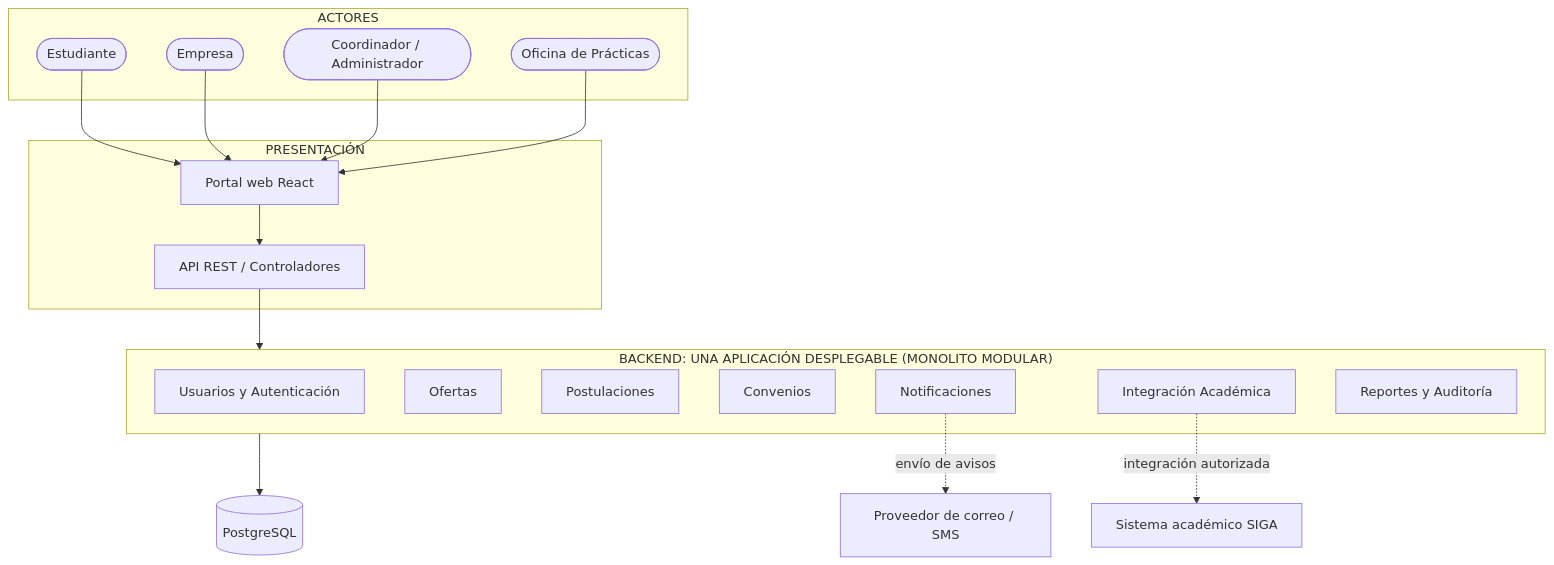
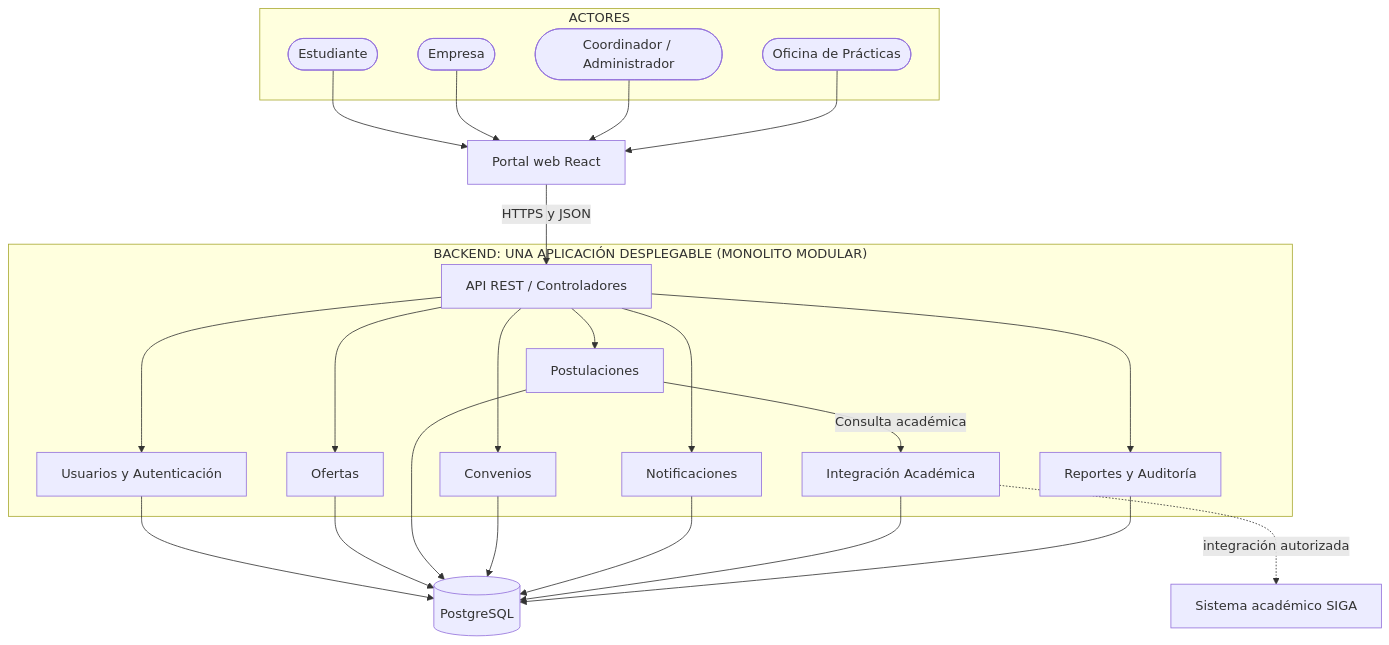
The diagram in docs/02-arquitectura/arquitectura-inicial.md (Jhoncode987/Sistema-de-Gestion-y-Publicacion-Practicas-Preprofesionales), drawn with Mermaid before and after one commit. The commit also changed other lines of this file and 13 other files, not shown here.

Commit message:
docs: conservar arquitectura y diagramas originales y detallar los siete módulos

````diff
--- a/docs/02-arquitectura/arquitectura-inicial.md
+++ b/docs/02-arquitectura/arquitectura-inicial.md
@@ -33,38 +33,46 @@
 ```mermaid
 flowchart TD
     subgraph Actores["ACTORES"]
         A1([Estudiante])
         A2([Empresa])
         A3([Coordinador / Administrador])
         A4([Oficina de Prácticas])
     end
 
-    subgraph Presentacion["PRESENTACIÓN"]
-        WEB["Portal web React"]
-        API["API REST / Controladores"]
-        WEB --> API
-    end
+    WEB["Portal web React"]
 
     subgraph Backend["BACKEND: UNA APLICACIÓN DESPLEGABLE (MONOLITO MODULAR)"]
+        API["API REST / Controladores"]
         M1["Usuarios y Autenticación"]
         M2["Ofertas"]
         M3["Postulaciones"]
         M4["Convenios"]
         M5["Notificaciones"]
         M6["Integración Académica"]
         M7["Reportes y Auditoría"]
     end
 
     DB[("PostgreSQL")]
     SIGA["Sistema académico SIGA"]
-    MAIL["Proveedor de correo / SMS"]
 
     A1 --> WEB
     A2 --> WEB
     A3 --> WEB
     A4 --> WEB
-    API --> Backend
-    Backend --> DB
+    WEB -->|"HTTPS y JSON"| API
+    API --> M1
+    API --> M2
+    API --> M3
+    API --> M4
+    API --> M5
+    API --> M7
+    M3 -->|"Consulta académica"| M6
+    M1 --> DB
+    M2 --> DB
+    M3 --> DB
+    M4 --> DB
+    M5 --> DB
+    M6 --> DB
+    M7 --> DB
     M6 -. integración autorizada .-> SIGA
-    M5 -. envío de avisos .-> MAIL
 ```
````
